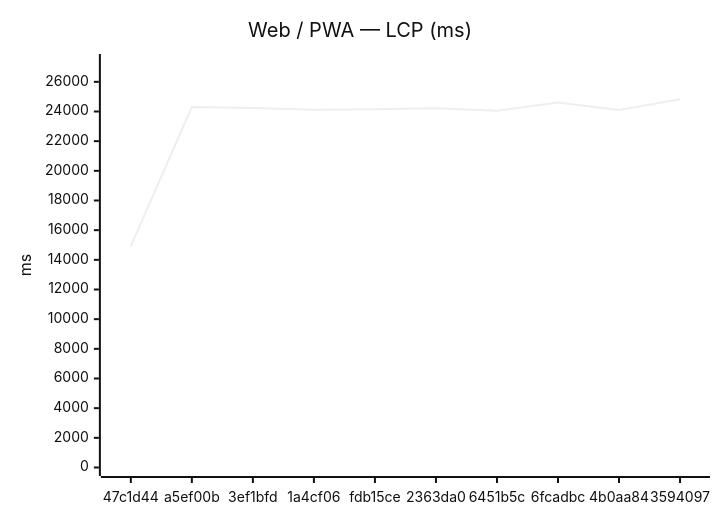
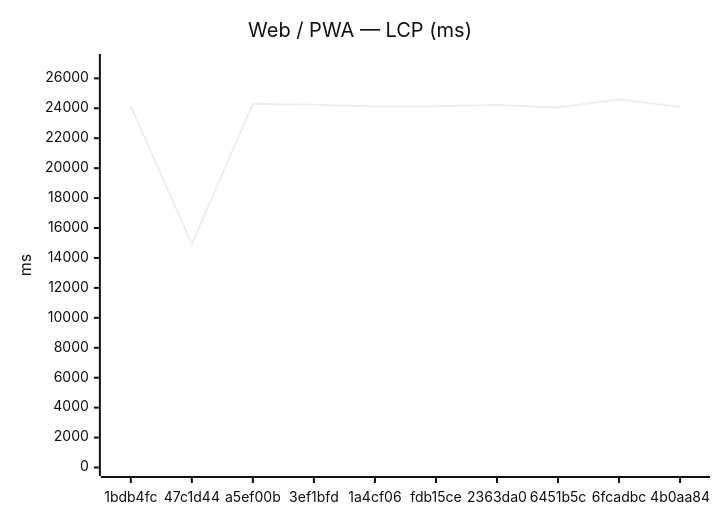
One commit to Metaheurist/Rianell changed the first of 12 diagrams in benchmarks/compare.md. Above: the diagram before and after it, drawn with Mermaid (neutral theme). The commit also changed other lines of this file and 8 other files, not shown here.

````diff
--- a/benchmarks/compare.md
+++ b/benchmarks/compare.md
@@ -24,7 +24,7 @@
 ```mermaid
 xychart-beta
     title "Web / PWA — LCP (ms)"
-    x-axis ["47c1d44", "a5ef00b", "3ef1bfd", "1a4cf06", "fdb15ce", "2363da0", "6451b5c", "6fcadbc", "4b0aa84", "3594097"]
-    y-axis "ms" 0 --> 27303
-    line [14929, 24310, 24236, 24125, 24144, 24218, 24056, 24599, 24101, 24820]
+    x-axis ["1bdb4fc", "47c1d44", "a5ef00b", "3ef1bfd", "1a4cf06", "fdb15ce", "2363da0", "6451b5c", "6fcadbc", "4b0aa84"]
+    y-axis "ms" 0 --> 27059
+    line [24126, 14929, 24310, 24236, 24125, 24144, 24218, 24056, 24599, 24101]
 ```
````
